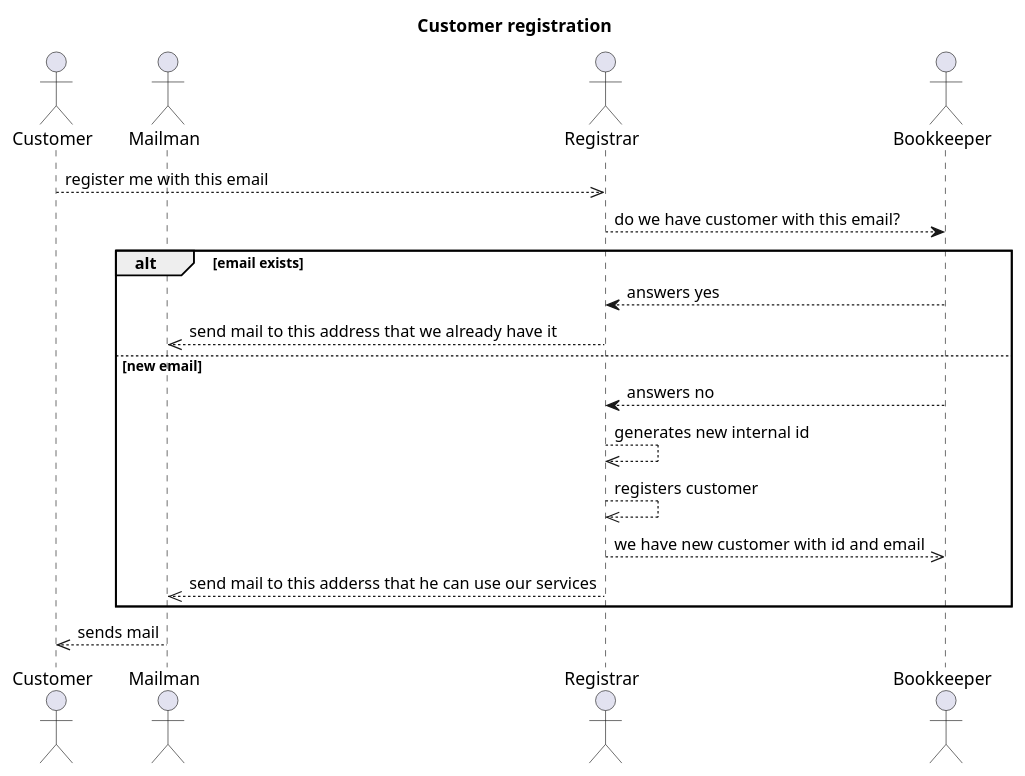
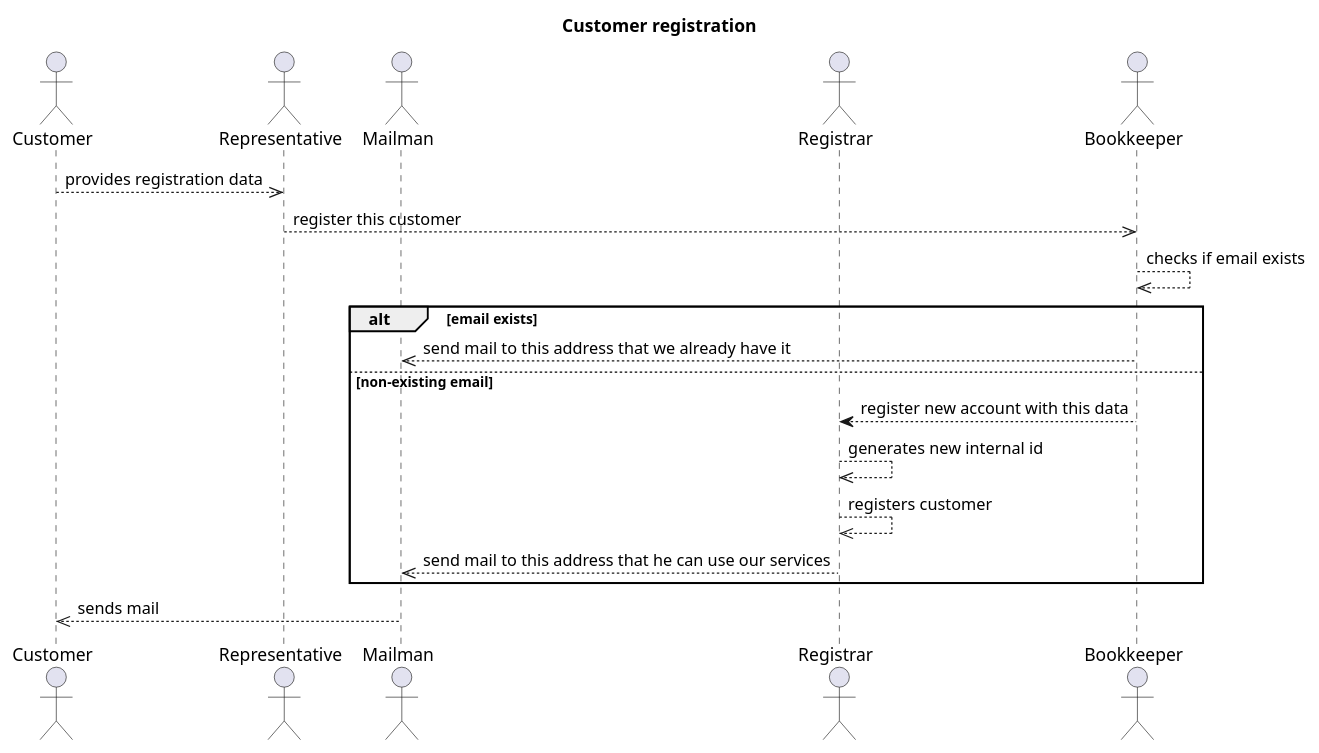
One commit to anoordover/customer-manager changed the diagram in src/docs/puml/registration.puml. Above: the diagram before and after it, drawn with PlantUML. The commit also changed 7 other files, not shown here.

```diff
--- a/src/docs/puml/registration.puml
+++ b/src/docs/puml/registration.puml
@@ -1,23 +1,24 @@
 @startuml
 
 title Customer registration
 
 actor Customer as c
+actor Representative as re
 actor Mailman as m
 actor Registrar as r
 actor Bookkeeper as b
 
-c -->> r: register me with this email
-r --> b: do we have customer with this email?
+c -->> re: provides registration data
+re -->> b: register this customer
+b -->> b: checks if email exists
 alt email exists
-b --> r: answers yes
-r -->> m: send mail to this address that we already have it
-else new email
-b --> r: answers no
+b -->> m: send mail to this address that we already have it
+else non-existing email
+b --> r: register new account with this data
 r -->> r: generates new internal id
 r -->> r: registers customer
-r -->> b: we have new customer with id and email
-r -->> m: send mail to this adderss that he can use our services
+r -->> m: send mail to this address that he can use our services
 end
 m -->> c: sends mail
+
 @enduml
```
